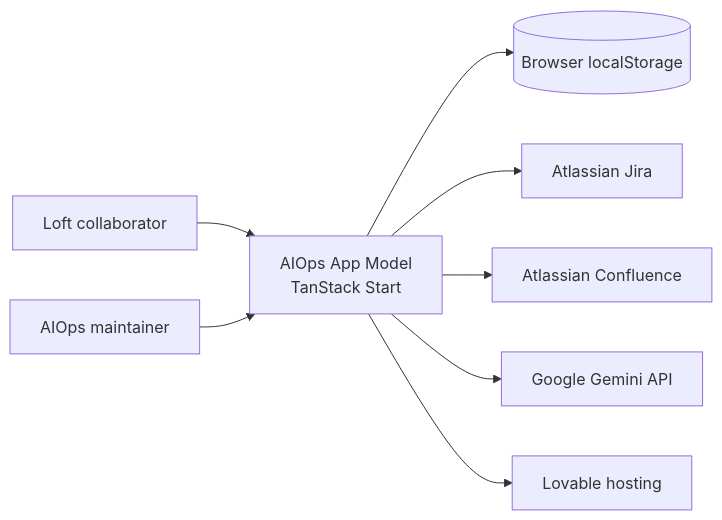
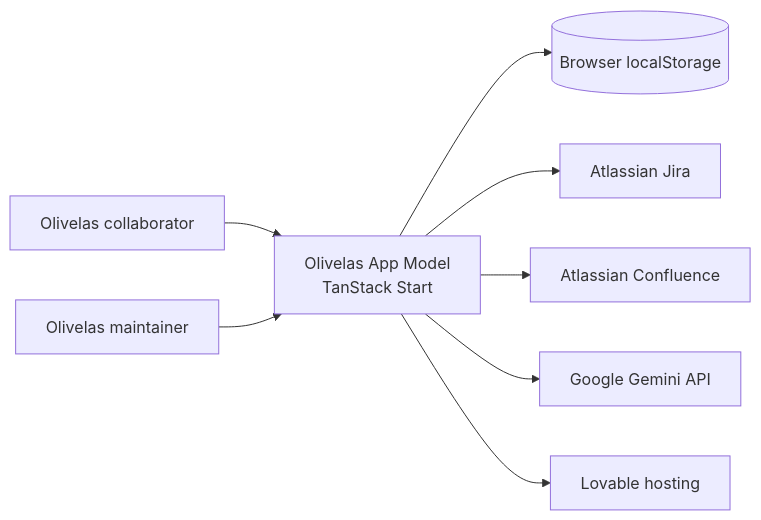
Before and after one commit to pycriador/olivelas-epicbuilder: the diagram in docs/en/architecture/system-context.md, drawn with Mermaid. The commit also changed other lines of this file and 100 other files, not shown here.

Commit message:
feat: rebrand AIOps/Loft to Olivelas and update documentation

````diff
--- a/docs/en/architecture/system-context.md
+++ b/docs/en/architecture/system-context.md
@@ -95,10 +95,10 @@
 ```mermaid
 flowchart LR
-  Collaborator[Loft collaborator] --> Portal[AIOps App Model\nTanStack Start]
-  Maintainer[AIOps maintainer] --> Portal
+  Collaborator[Olivelas collaborator] --> Portal[Olivelas App Model\nTanStack Start]
+  Maintainer[Olivelas maintainer] --> Portal
   Portal --> LS[(Browser localStorage)]
   Portal --> Jira[Atlassian Jira]
   Portal --> Conf[Atlassian Confluence]
   Portal --> Gemini[Google Gemini API]
   Portal --> Lovable[Lovable hosting]
 ```
````
